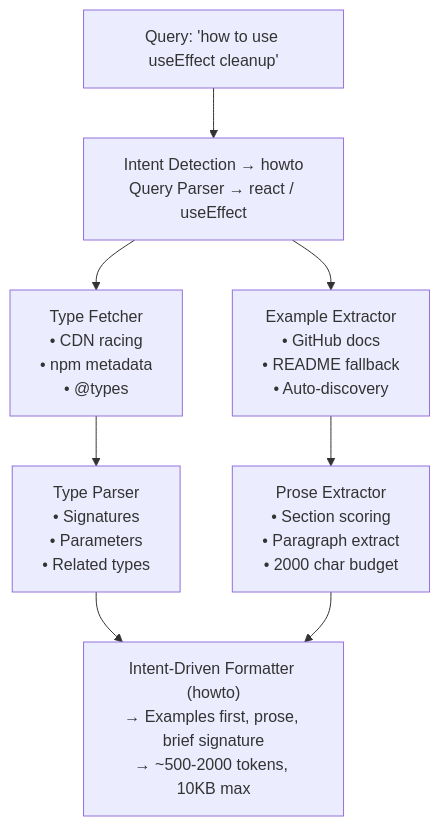
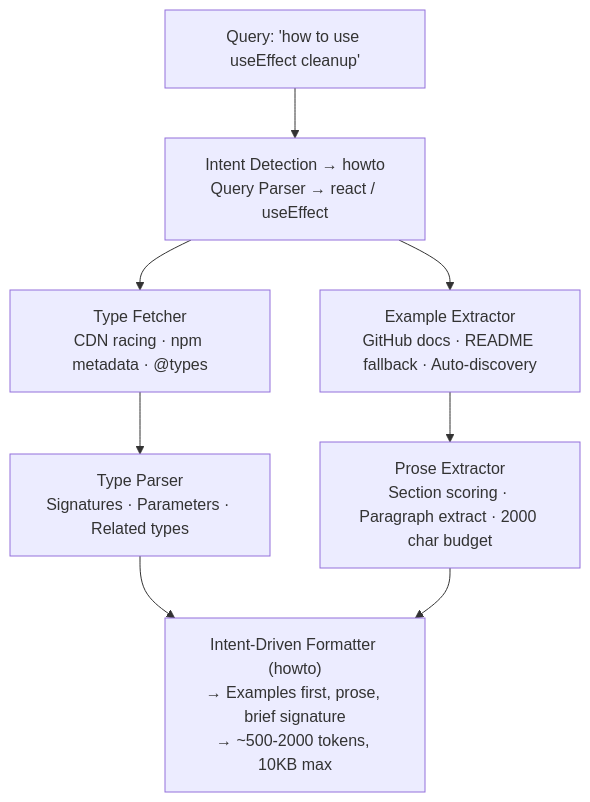
The diagram in README.md (augmnt/augments-mcp-server), drawn with Mermaid before and after one commit.

Commit message:
fix: use <br/> for line breaks in mermaid diagram

````diff
--- a/README.md
+++ b/README.md
@@ -88,15 +88,15 @@
 ```mermaid
 flowchart TD
     A["Query: 'how to use useEffect cleanup'"] --> B
 
-    B["Intent Detection → howto\nQuery Parser → react / useEffect"]
+    B["Intent Detection → howto<br/>Query Parser → react / useEffect"]
 
-    B --> C["Type Fetcher\n• CDN racing\n• npm metadata\n• @types"]
-    B --> D["Example Extractor\n• GitHub docs\n• README fallback\n• Auto-discovery"]
+    B --> C["Type Fetcher<br/>CDN racing · npm metadata · @types"]
+    B --> D["Example Extractor<br/>GitHub docs · README fallback · Auto-discovery"]
 
-    C --> E["Type Parser\n• Signatures\n• Parameters\n• Related types"]
-    D --> F["Prose Extractor\n• Section scoring\n• Paragraph extract\n• 2000 char budget"]
+    C --> E["Type Parser<br/>Signatures · Parameters · Related types"]
+    D --> F["Prose Extractor<br/>Section scoring · Paragraph extract · 2000 char budget"]
 
-    E --> G["Intent-Driven Formatter (howto)\n→ Examples first, prose, brief signature\n→ ~500-2000 tokens, 10KB max"]
+    E --> G["Intent-Driven Formatter (howto)<br/>→ Examples first, prose, brief signature<br/>→ ~500-2000 tokens, 10KB max"]
     F --> G
 ```
````
